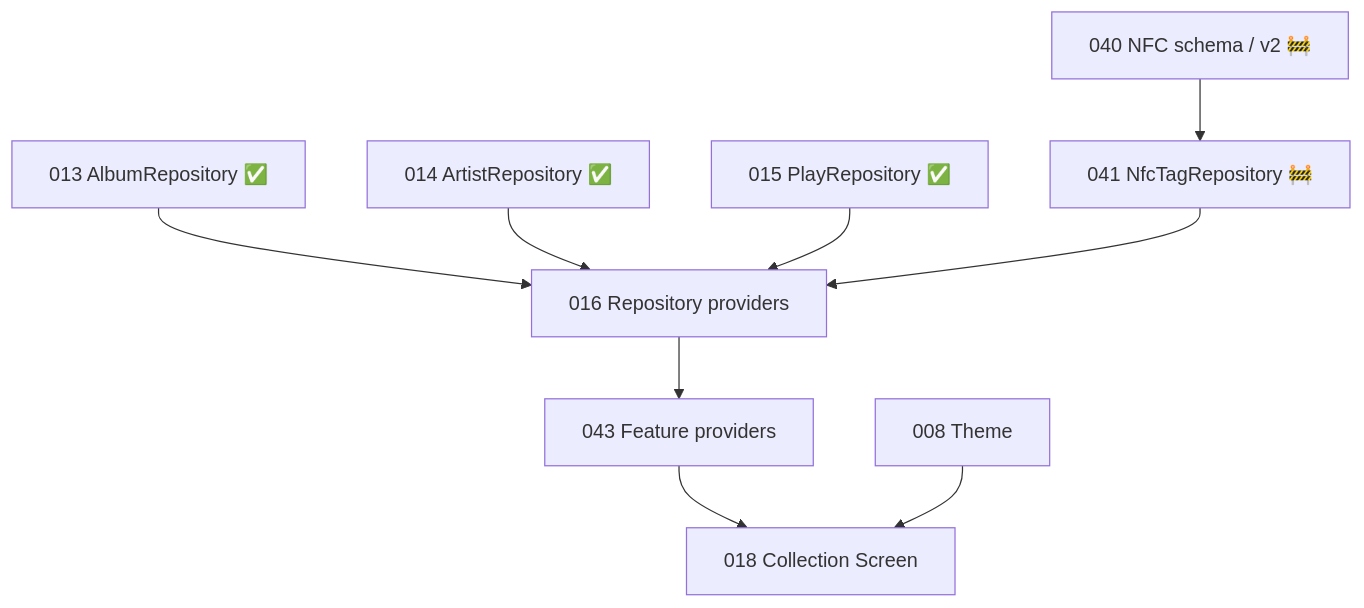
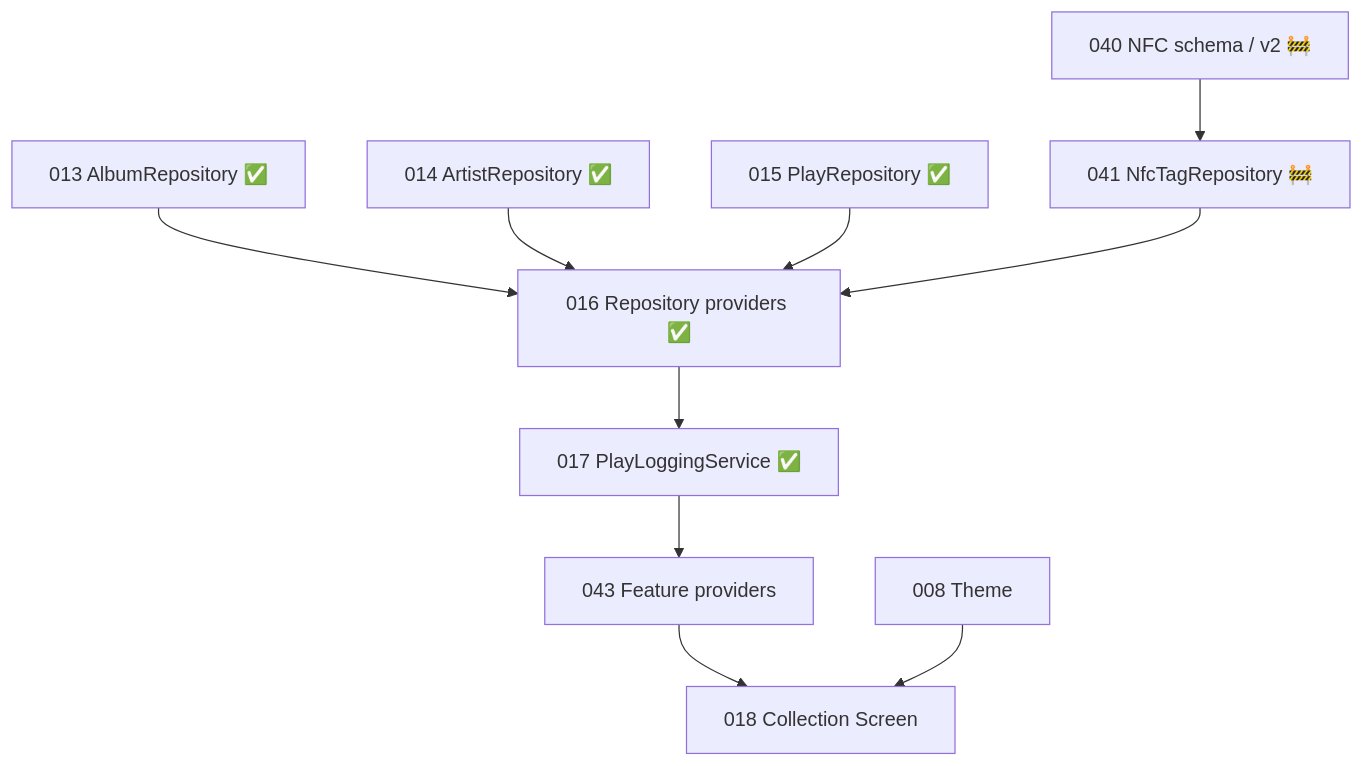
One commit to hunter-goller/Groovefolio changed the diagram in docs/implementation-status.md. Above: the diagram before and after it, drawn with Mermaid. The commit also changed other lines of this file and 9 other files, not shown here.

First line of the commit message:
VinylApp-017: PlayLoggingService (#27)

````diff
--- a/docs/implementation-status.md
+++ b/docs/implementation-status.md
@@ -122,21 +131,23 @@
 ```mermaid
 flowchart TD
     P13[013 AlbumRepository ✅]
     P14[014 ArtistRepository ✅]
     P15[015 PlayRepository ✅]
     P40[040 NFC schema / v2 🚧]
     P41[041 NfcTagRepository 🚧]
-    P16[016 Repository providers]
+    P16[016 Repository providers ✅]
+    P17[017 PlayLoggingService ✅]
     P43[043 Feature providers]
     P08[008 Theme]
     P18[018 Collection Screen]
 
     P13 --> P16
     P14 --> P16
     P15 --> P16
     P40 --> P41
     P41 --> P16
-    P16 --> P43
+    P16 --> P17
+    P17 --> P43
     P43 --> P18
     P08 --> P18
 ```
````
